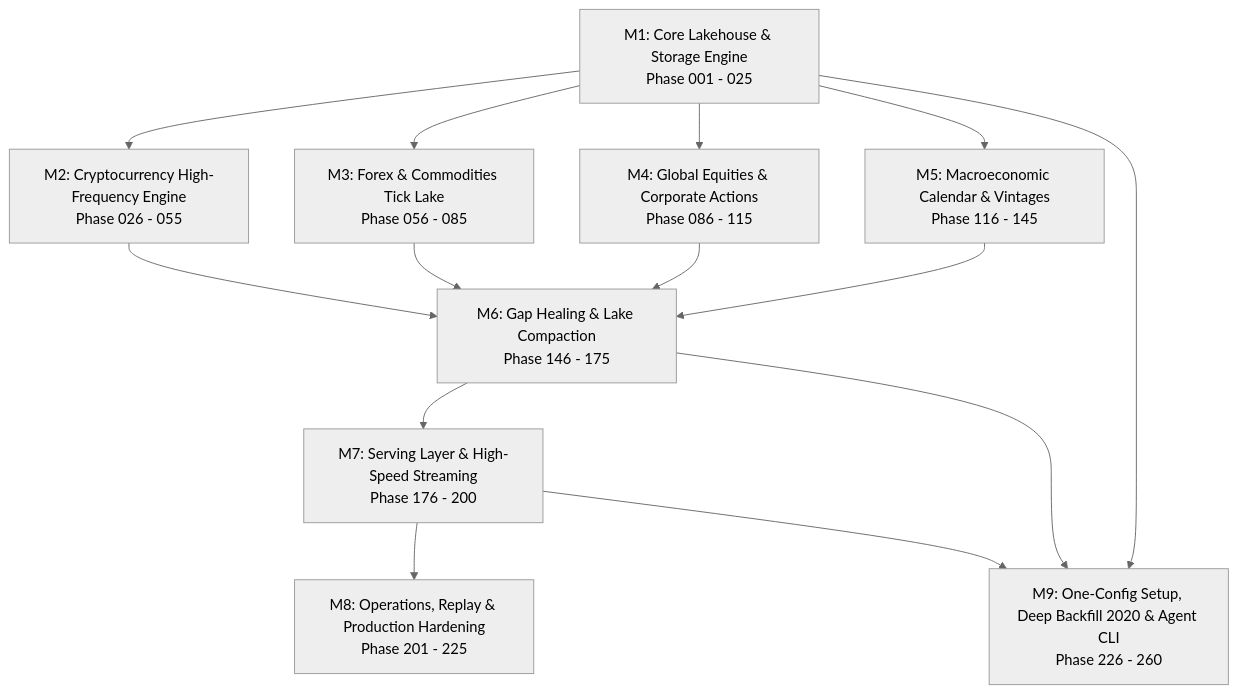
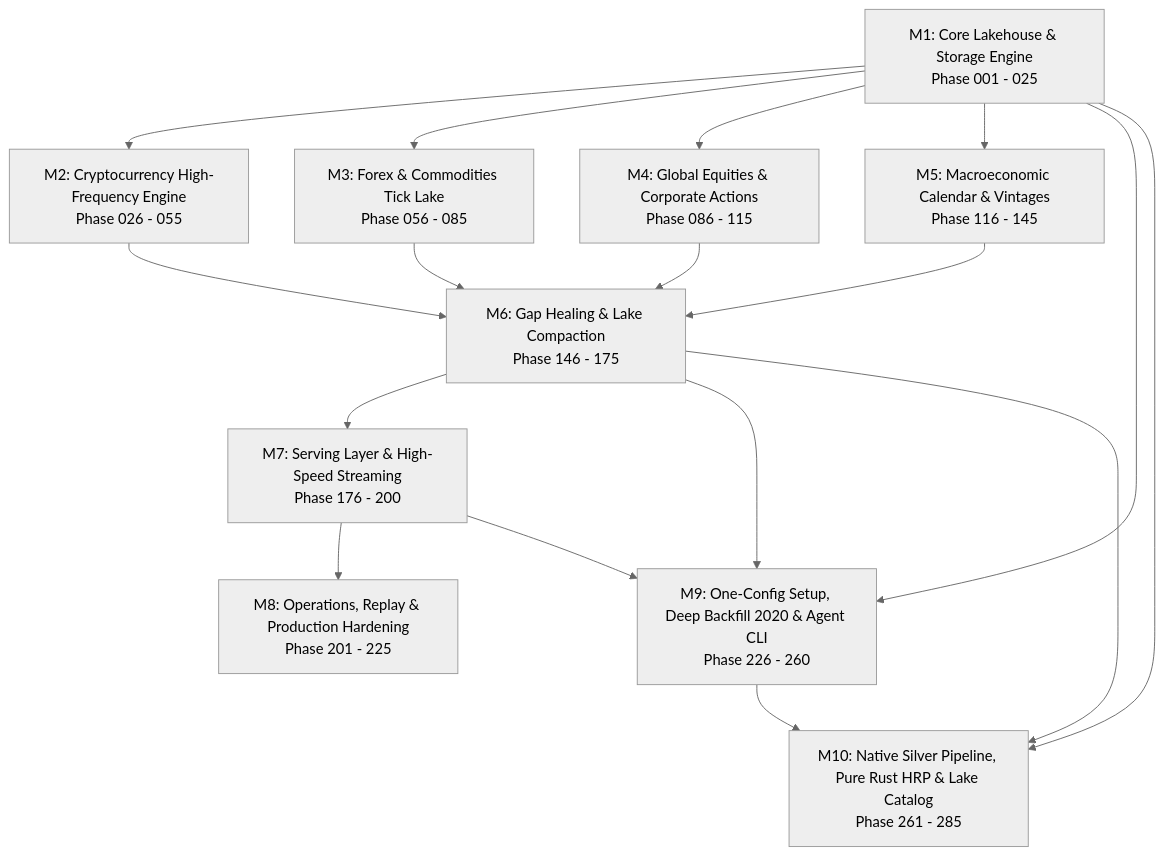
One commit to ihkaru/economy-aggregator changed the diagram in docs/roadmap/ROADMAP.md. Above: the diagram before and after it, drawn with Mermaid (neutral theme). The commit also changed other lines of this file and 7 other files, not shown here.

Commit message:
docs: formalize downstream data consumer guide, ADR-10/11, and Milestone 10 roadmap

````diff
--- a/docs/roadmap/ROADMAP.md
+++ b/docs/roadmap/ROADMAP.md
@@ -13,11 +13,12 @@
 ```mermaid
 flowchart TD
     M1[M1: Core Lakehouse & Storage Engine<br/>Phase 001 - 025] --> M2[M2: Cryptocurrency High-Frequency Engine<br/>Phase 026 - 055]
     M1 --> M3[M3: Forex & Commodities Tick Lake<br/>Phase 056 - 085]
     M1 --> M4[M4: Global Equities & Corporate Actions<br/>Phase 086 - 115]
     M1 --> M5[M5: Macroeconomic Calendar & Vintages<br/>Phase 116 - 145]
     M2 & M3 & M4 & M5 --> M6[M6: Gap Healing & Lake Compaction<br/>Phase 146 - 175]
     M6 --> M7[M7: Serving Layer & High-Speed Streaming<br/>Phase 176 - 200]
     M7 --> M8[M8: Operations, Replay & Production Hardening<br/>Phase 201 - 225]
     M1 & M6 & M7 --> M9[M9: One-Config Setup, Deep Backfill 2020 & Agent CLI<br/>Phase 226 - 260]
+    M1 & M6 & M9 --> M10[M10: Native Silver Pipeline, Pure Rust HRP & Lake Catalog<br/>Phase 261 - 285]
 ```
````
